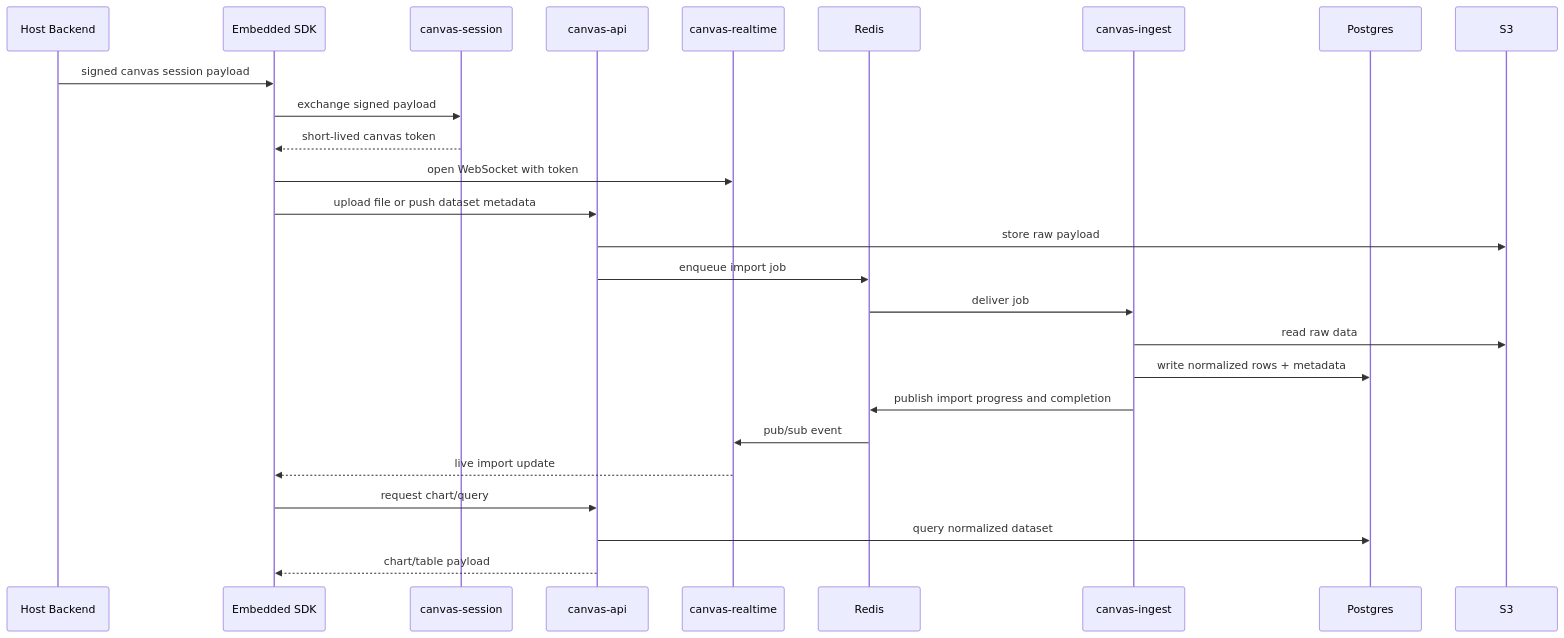
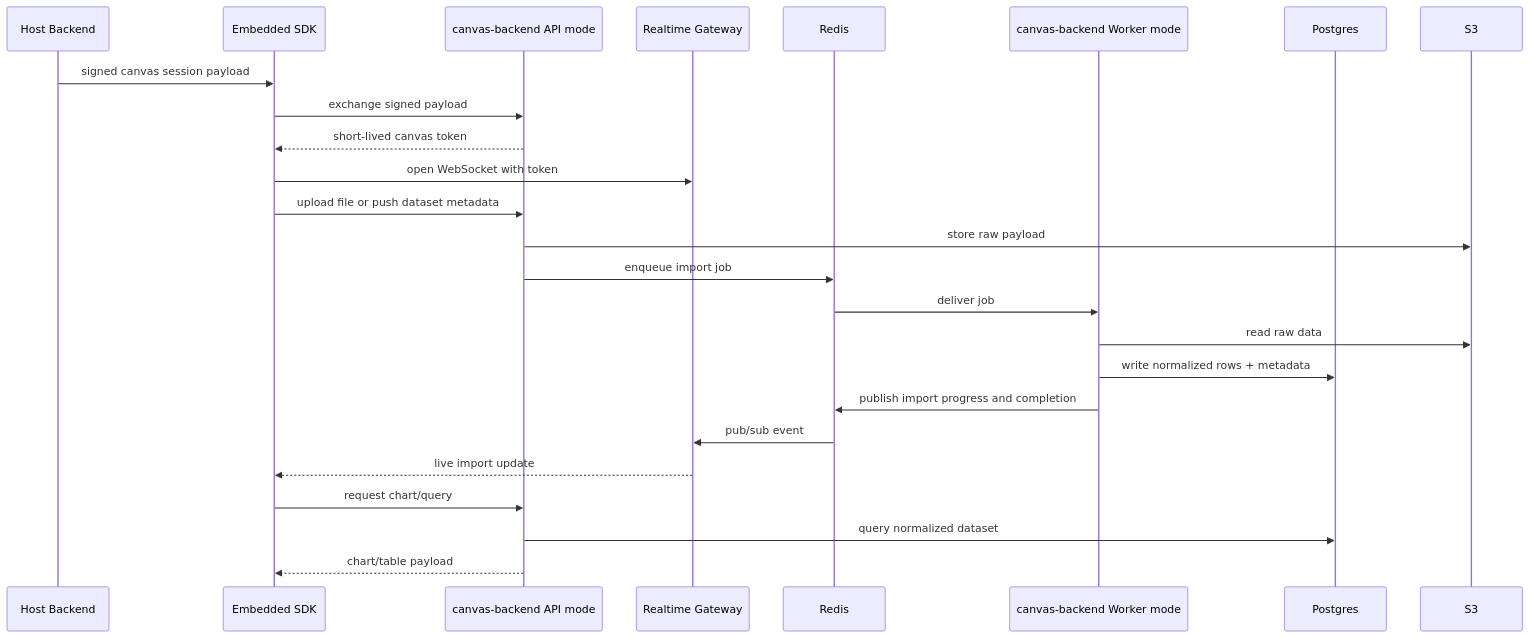
One commit to valeeraZ/canvas changed the second of 3 diagrams in docs/superpowers/specs/2026-03-13-canvas-design.md. Above: the diagram before and after it, drawn with Mermaid. The commit also changed other lines of this file and 10 other files, not shown here.

Commit message:
update specs and diagrams

````diff
--- a/docs/superpowers/specs/2026-03-13-canvas-design.md
+++ b/docs/superpowers/specs/2026-03-13-canvas-design.md
@@ -346,31 +339,30 @@
 ```mermaid
 sequenceDiagram
     participant HB as Host Backend
     participant FE as Embedded SDK
-    participant SES as canvas-session
-    participant API as canvas-api
-    participant RT as canvas-realtime
+    participant API as canvas-backend API mode
+    participant RT as Realtime Gateway
     participant R as Redis
-    participant I as canvas-ingest
+    participant W as canvas-backend Worker mode
     participant PG as Postgres
     participant S3 as S3
 
     HB->>FE: signed canvas session payload
-    FE->>SES: exchange signed payload
-    SES-->>FE: short-lived canvas token
+    FE->>API: exchange signed payload
+    API-->>FE: short-lived canvas token
     FE->>RT: open WebSocket with token
 
     FE->>API: upload file or push dataset metadata
     API->>S3: store raw payload
     API->>R: enqueue import job
-    R->>I: deliver job
-    I->>S3: read raw data
-    I->>PG: write normalized rows + metadata
-    I->>R: publish import progress and completion
+    R->>W: deliver job
+    W->>S3: read raw data
+    W->>PG: write normalized rows + metadata
+    W->>R: publish import progress and completion
     R->>RT: pub/sub event
     RT-->>FE: live import update
 
     FE->>API: request chart/query
     API->>PG: query normalized dataset
     API-->>FE: chart/table payload
 ```
````
